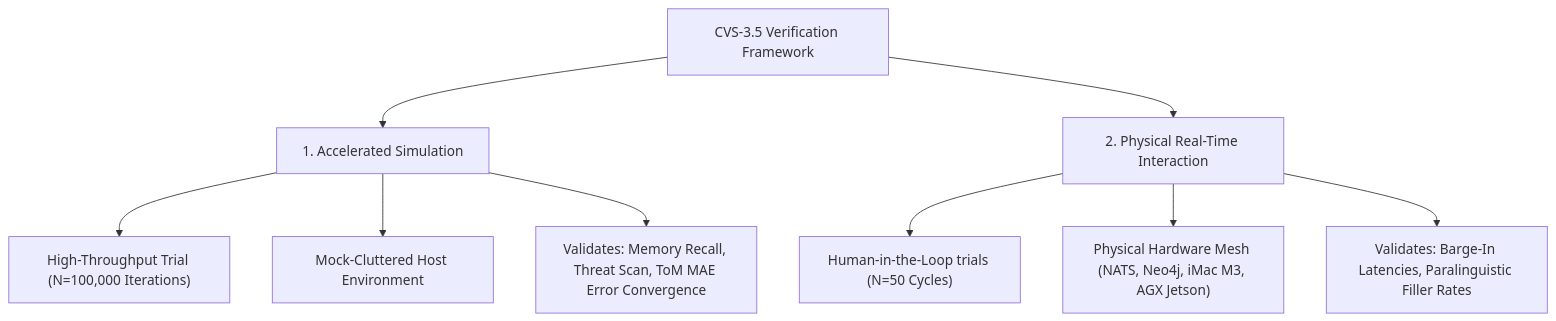
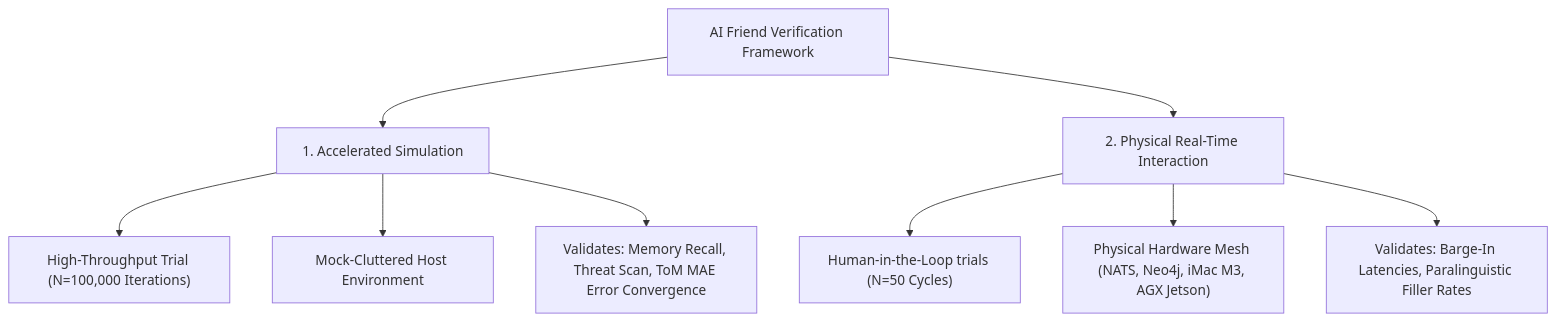
Before and after one commit to Aniket-a14/AI_friend: the diagram in academic_benchmarks/documentation/experimental_methodology.md, drawn with Mermaid. The commit also changed other lines of this file and 59 other files, not shown here.

````diff
--- a/academic_benchmarks/documentation/experimental_methodology.md
+++ b/academic_benchmarks/documentation/experimental_methodology.md
@@ -11,13 +11,13 @@
 ```mermaid
 graph TD
-    A[CVS-3.5 Verification Framework] --> B[1. Accelerated Simulation]
+    A[AI Friend Verification Framework] --> B[1. Accelerated Simulation]
     A --> C[2. Physical Real-Time Interaction]
 
     B --> B1["High-Throughput Trial (N=100,000 Iterations)"]
     B --> B2["Mock-Cluttered Host Environment"]
     B --> B3["Validates: Memory Recall, Threat Scan, ToM MAE Error Convergence"]
 
     C --> C1["Human-in-the-Loop trials (N=50 Cycles)"]
     C --> C2["Physical Hardware Mesh (NATS, Neo4j, iMac M3, AGX Jetson)"]
     C --> C3["Validates: Barge-In Latencies, Paralinguistic Filler Rates"]
 ```
````
